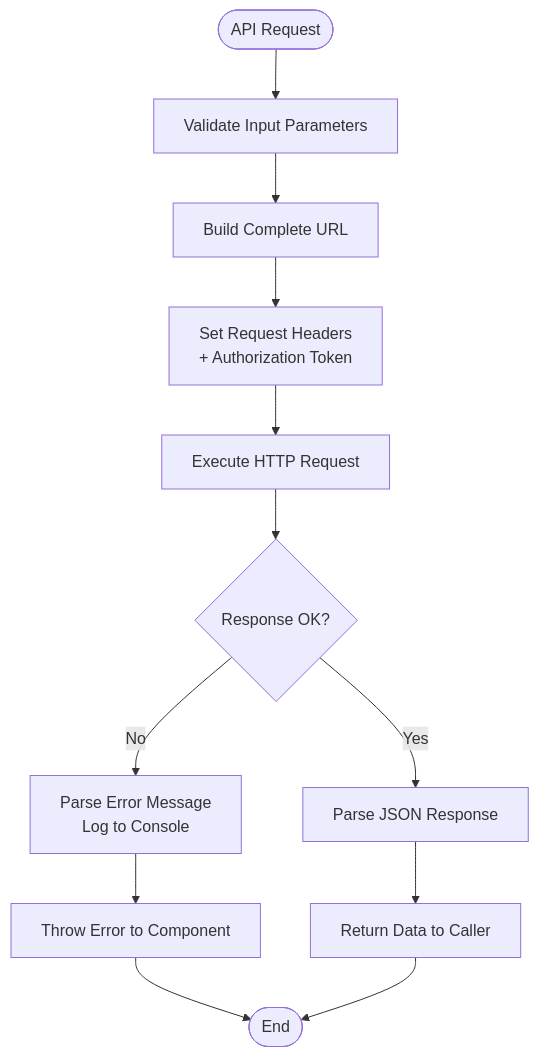
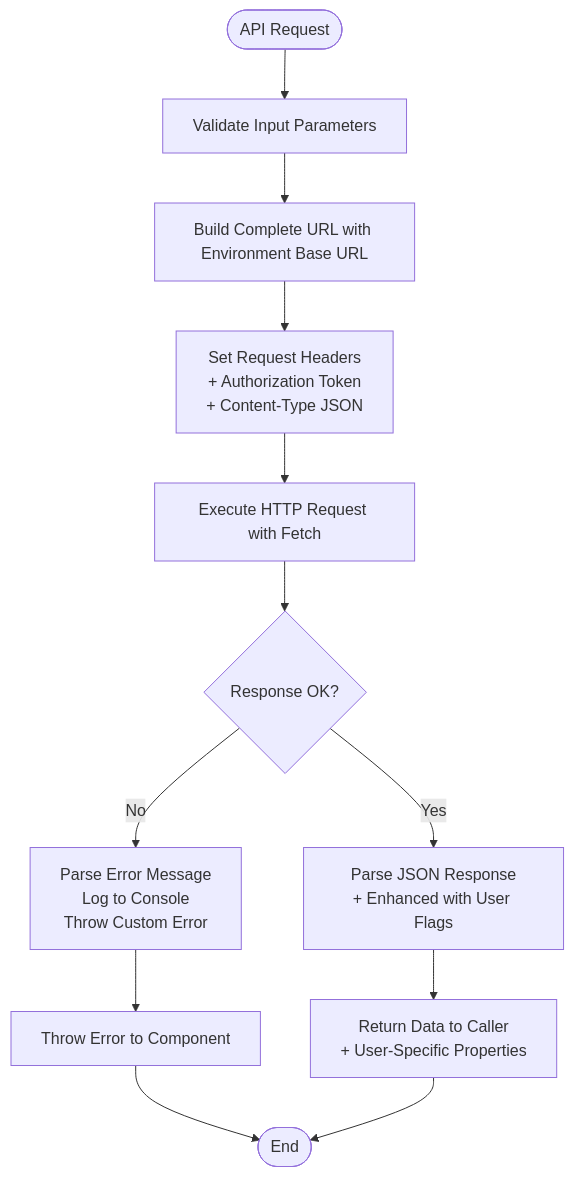
Before and after one commit to aayeshasiddiqah2611-pixel/flavora_ai_server: the sixth of 10 diagrams in .qoder/repowiki/en/content/Core Features/React Client Application/Frontend API Service.md, drawn with Mermaid. The commit also changed other lines of this file and 7 other files, not shown here.

````diff
--- a/.qoder/repowiki/en/content/Core Features/React Client Application/Frontend API Service.md
+++ b/.qoder/repowiki/en/content/Core Features/React Client Application/Frontend API Service.md
@@ -257,14 +276,14 @@
 ```mermaid
 flowchart TD
 Start([API Request]) --> Validate["Validate Input Parameters"]
-Validate --> BuildURL["Build Complete URL"]
-BuildURL --> SetHeaders["Set Request Headers<br/>+ Authorization Token"]
-SetHeaders --> MakeRequest["Execute HTTP Request"]
+Validate --> BuildURL["Build Complete URL with Environment Base URL"]
+BuildURL --> SetHeaders["Set Request Headers<br/>+ Authorization Token<br/>+ Content-Type JSON"]
+SetHeaders --> MakeRequest["Execute HTTP Request with Fetch"]
 MakeRequest --> CheckResponse{"Response OK?"}
-CheckResponse --> |No| HandleError["Parse Error Message<br/>Log to Console"]
-CheckResponse --> |Yes| ParseJSON["Parse JSON Response"]
-ParseJSON --> ReturnData["Return Data to Caller"]
+CheckResponse --> |No| HandleError["Parse Error Message<br/>Log to Console<br/>Throw Custom Error"]
+CheckResponse --> |Yes| ParseJSON["Parse JSON Response<br/>+ Enhanced with User Flags"]
+ParseJSON --> ReturnData["Return Data to Caller<br/>+ User-Specific Properties"]
 HandleError --> ThrowError["Throw Error to Component"]
 ThrowError --> End([End])
 ReturnData --> End
 ```
````
